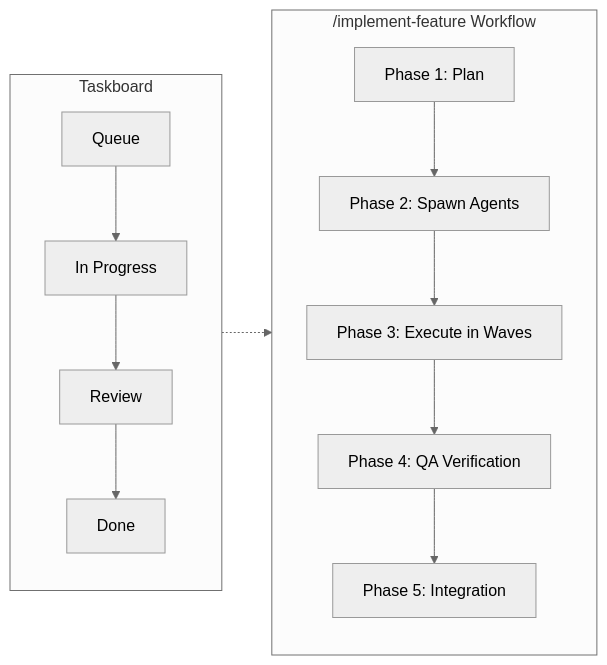
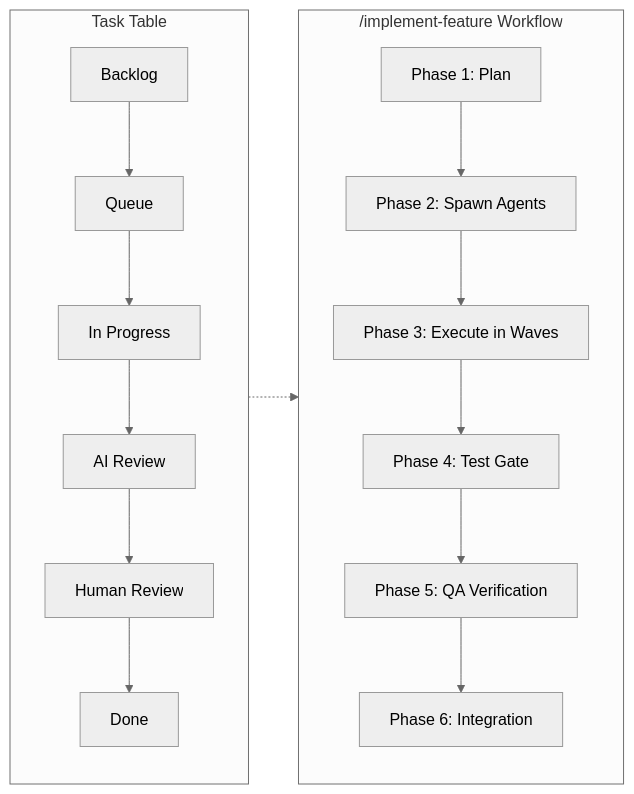
Before and after one commit to ParkerM2/Claude-UI: the second of 3 diagrams in README.md, drawn with Mermaid (neutral theme). The commit also changed other lines of this file, not shown here.

Commit message:
docs: Replace Kanban references with Task Table in README
- Update feature description to "Workflow-Driven Task Table"
- Replace Kanban board mentions with Task Table
- Update workflow diagram to show full task lifecycle:
  Backlog → Queue → In Progress → AI Review → Human Review → Done
- Update /implement-feature workflow to include Test Gate phase
- Change "task cards" to "task rows" for accuracy
- Add mandatory test suite step to "How It Works" section

Reflects the refactor from drag-and-drop Kanban to sortable/filterable
table-based task management with customizable agent workflows.

````diff
--- a/README.md
+++ b/README.md
@@ -111,17 +111,20 @@
 ```mermaid
 graph LR
-    subgraph Taskboard
-        Queue["Queue"] --> InProgress["In Progress"]
-        InProgress --> Review["Review"]
-        Review --> Done["Done"]
+    subgraph TaskTable["Task Table"]
+        Backlog["Backlog"] --> Queue["Queue"]
+        Queue --> InProgress["In Progress"]
+        InProgress --> AIReview["AI Review"]
+        AIReview --> HumanReview["Human Review"]
+        HumanReview --> Done["Done"]
     end
 
     subgraph AgentWorkflow["/implement-feature Workflow"]
         Plan["Phase 1: Plan"] --> Spawn["Phase 2: Spawn Agents"]
         Spawn --> Execute["Phase 3: Execute in Waves"]
-        Execute --> QA["Phase 4: QA Verification"]
-        QA --> Merge["Phase 5: Integration"]
+        Execute --> Test["Phase 4: Test Gate"]
+        Test --> QA["Phase 5: QA Verification"]
+        QA --> Merge["Phase 6: Integration"]
     end
 
-    Taskboard -.-> AgentWorkflow
+    TaskTable -.-> AgentWorkflow
 ```
````
